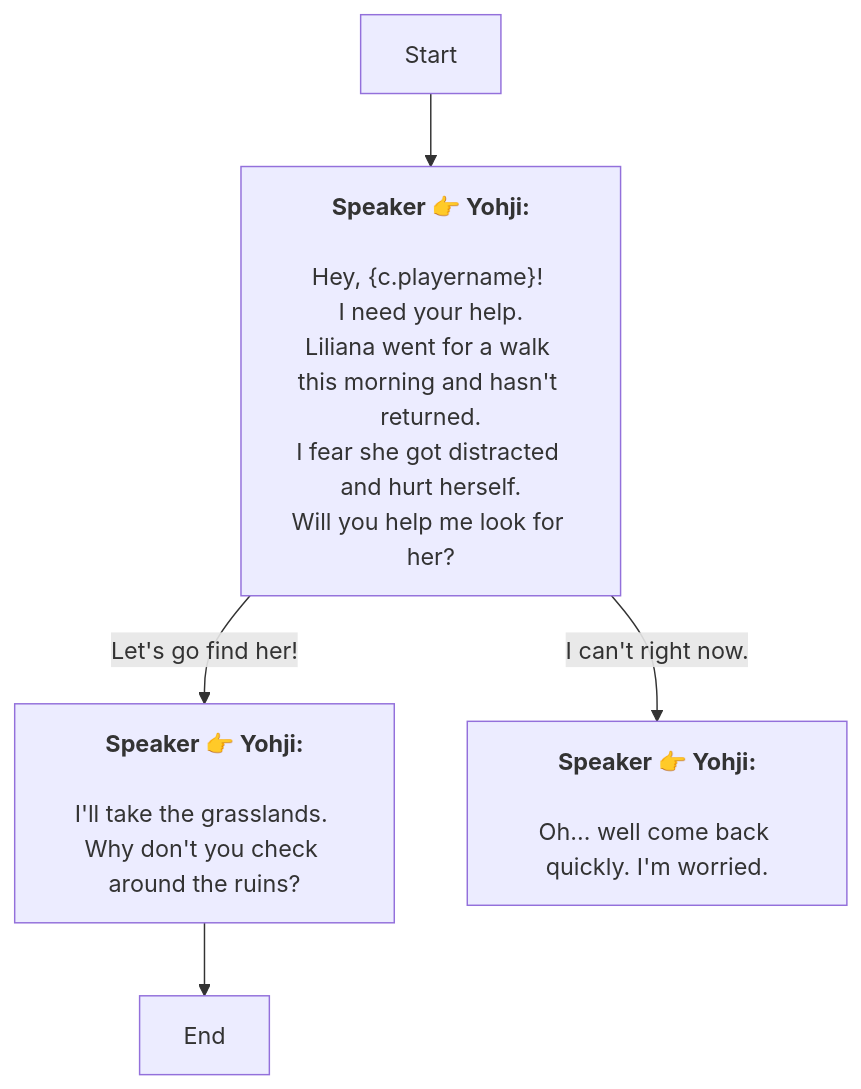
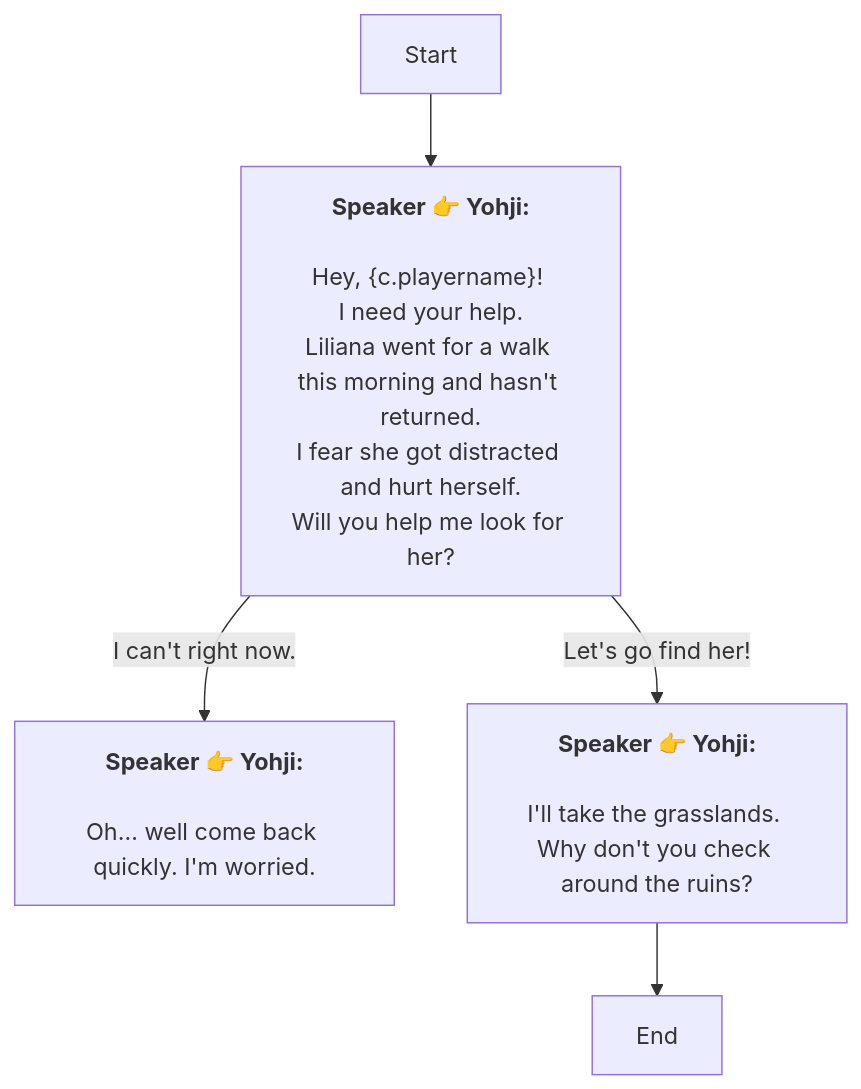
One commit to SoftHu/tos_avg changed the diagram in Zh/Dialog_55285791394149.md. Above: the diagram before and after it, drawn with Mermaid. The commit also changed other lines of this file and 780 other files, not shown here.

````diff
--- a/Zh/Dialog_55285791394149.md
+++ b/Zh/Dialog_55285791394149.md
@@ -1,14 +1,14 @@
 ```mermaid
 graph
 Start -->1769145372601380[<b>Speaker 👉 Yohji:</b>
 \nHey, &lbrace;c.playername&rbrace;! 
 I need your help.\nLiliana went for a walk this morning and hasn't returned.
 I fear she got distracted and hurt herself.\nWill you help me look for her?]
+1769145372601380 -->|I can't right now.|1769145495192623[<b>Speaker 👉 Yohji:</b>
+\nOh… well come back quickly. I'm worried.]
 1769145372601380 -->|Let's go find her!|1769145434147883[<b>Speaker 👉 Yohji:</b>
 \nI'll take the grasslands. 
 Why don't you check around the ruins?]
-1769145372601380 -->|I can't right now.|1769145495192623[<b>Speaker 👉 Yohji:</b>
-\nOh… well come back quickly. I'm worried.]
 1769145434147883 -->1769145370201123[End]
 
 ```
````
